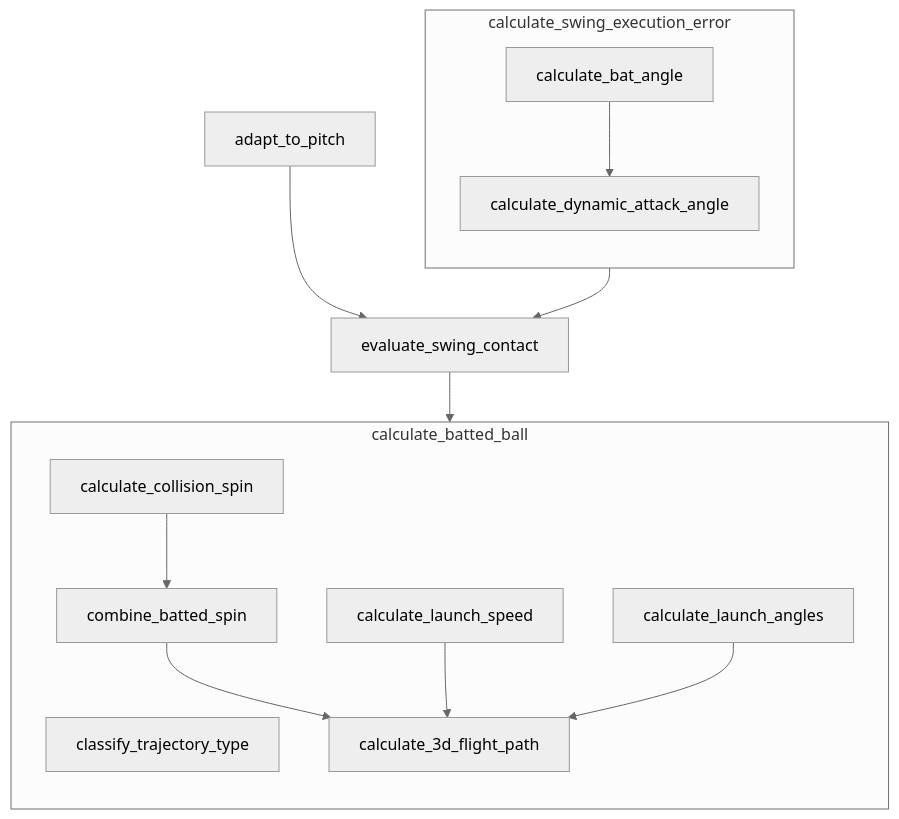
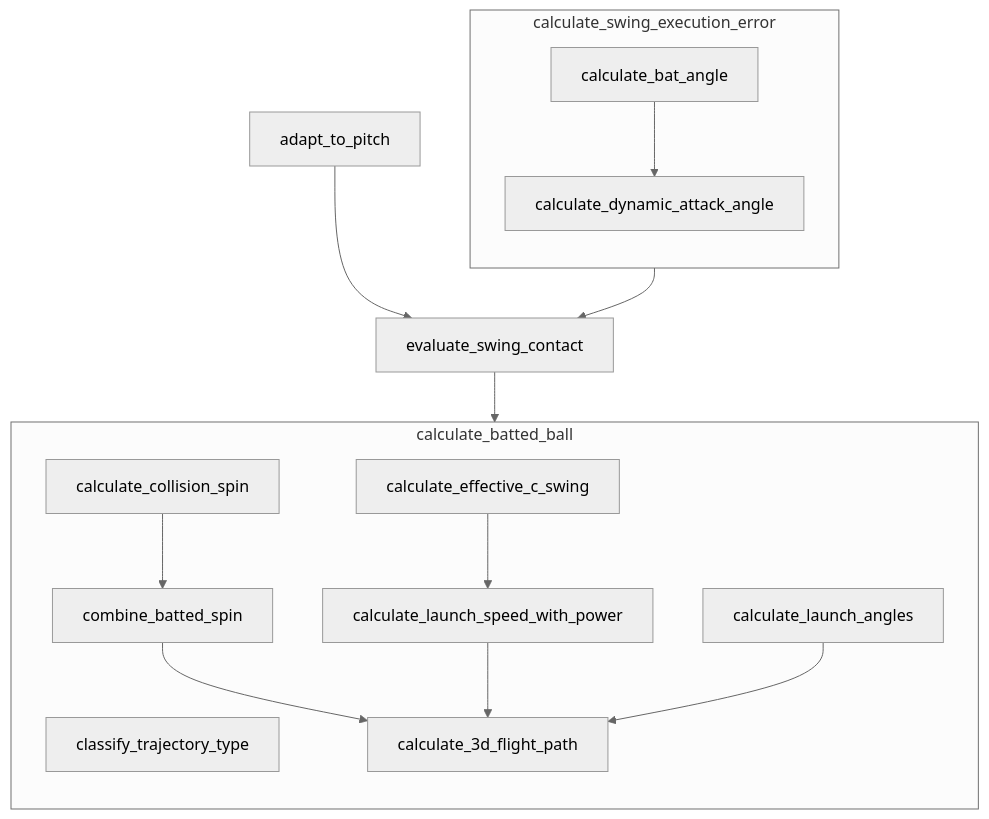
Before and after one commit to torafugu/saberbb: the diagram in docs/mmd/batting_diagram.mmd, drawn with Mermaid (neutral theme). The commit also changed 1 other file, not shown here.

Commit message:
calculate_effective_c_swing was added.

```diff
--- a/docs/mmd/batting_diagram.mmd
+++ b/docs/mmd/batting_diagram.mmd
@@ -1,16 +1,16 @@
 flowchart TD
     adapt_to_pitch --> evaluate_swing_contact
     calculate_swing_execution_error --> evaluate_swing_contact --> calculate_batted_ball
 
     subgraph calculate_swing_execution_error
         direction TB
         calculate_bat_angle --> calculate_dynamic_attack_angle
     end
 
     subgraph calculate_batted_ball
         direction TB
         classify_trajectory_type
         calculate_collision_spin --> combine_batted_spin --> calculate_3d_flight_path
-        calculate_launch_speed --> calculate_3d_flight_path
+        calculate_effective_c_swing --> calculate_launch_speed_with_power --> calculate_3d_flight_path
         calculate_launch_angles --> calculate_3d_flight_path
     end
```
